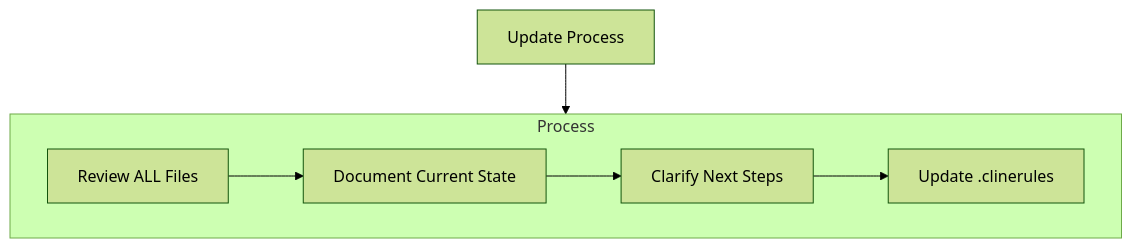
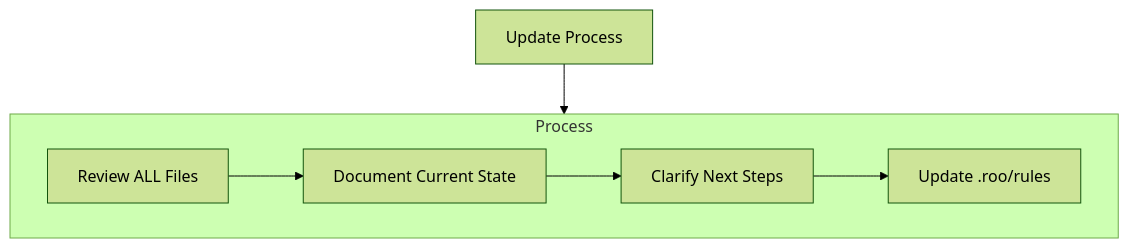
Before and after one commit to ModerRAS/TelegramSearchBot: the fourth of 5 diagrams in .roo/rules/memory-bank.md, drawn with Mermaid (forest theme). The commit also changed other lines of this file and 9 other files, not shown here.

````diff
--- a/.roo/rules/memory-bank.md
+++ b/.roo/rules/memory-bank.md
@@ -101,15 +101,15 @@
 ```mermaid
 flowchart TD
     Start[Update Process]
     
     subgraph Process
         P1[Review ALL Files]
         P2[Document Current State]
         P3[Clarify Next Steps]
-        P4[Update .clinerules]
+        P4[Update .roo/rules]
         
         P1 --> P2 --> P3 --> P4
     end
     
     Start --> Process
 ```
````
